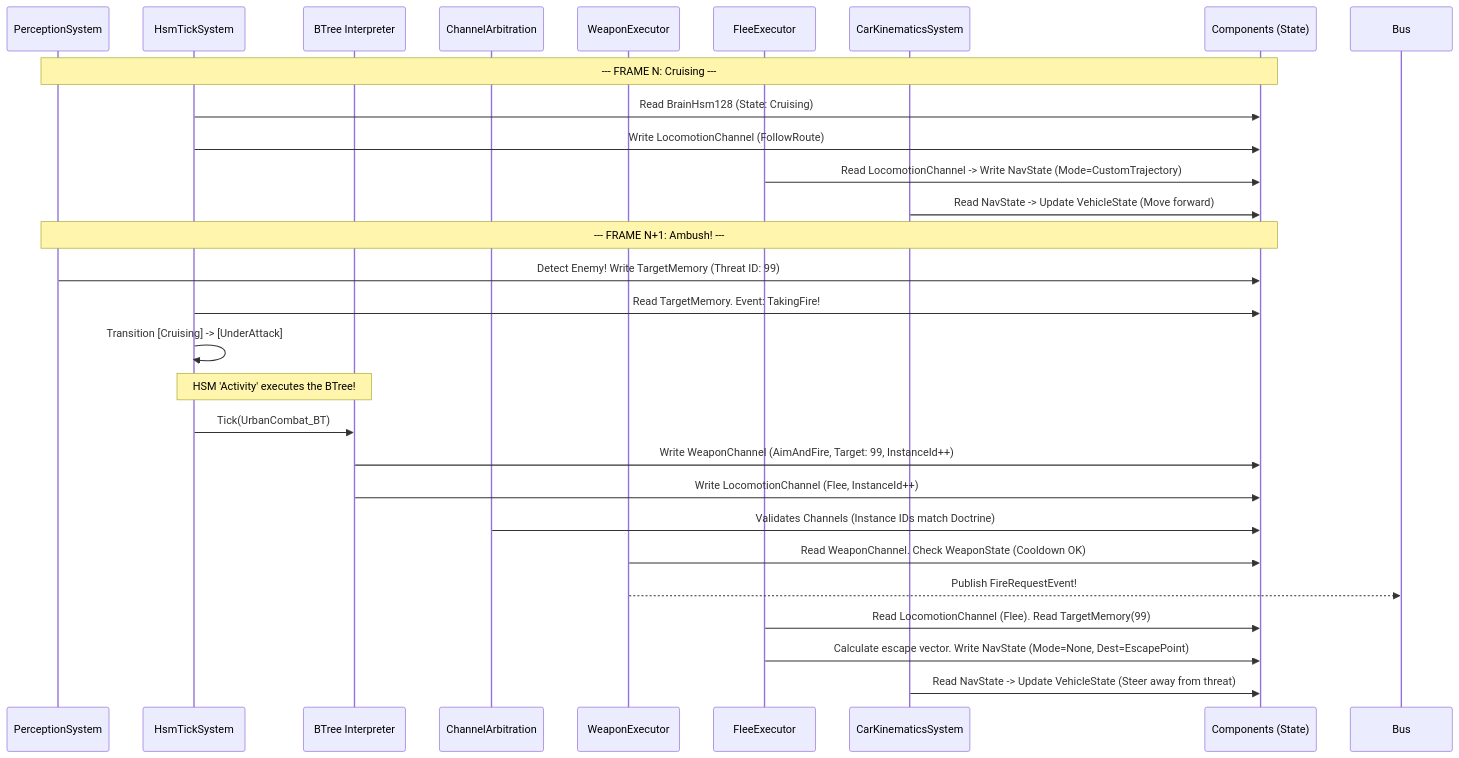
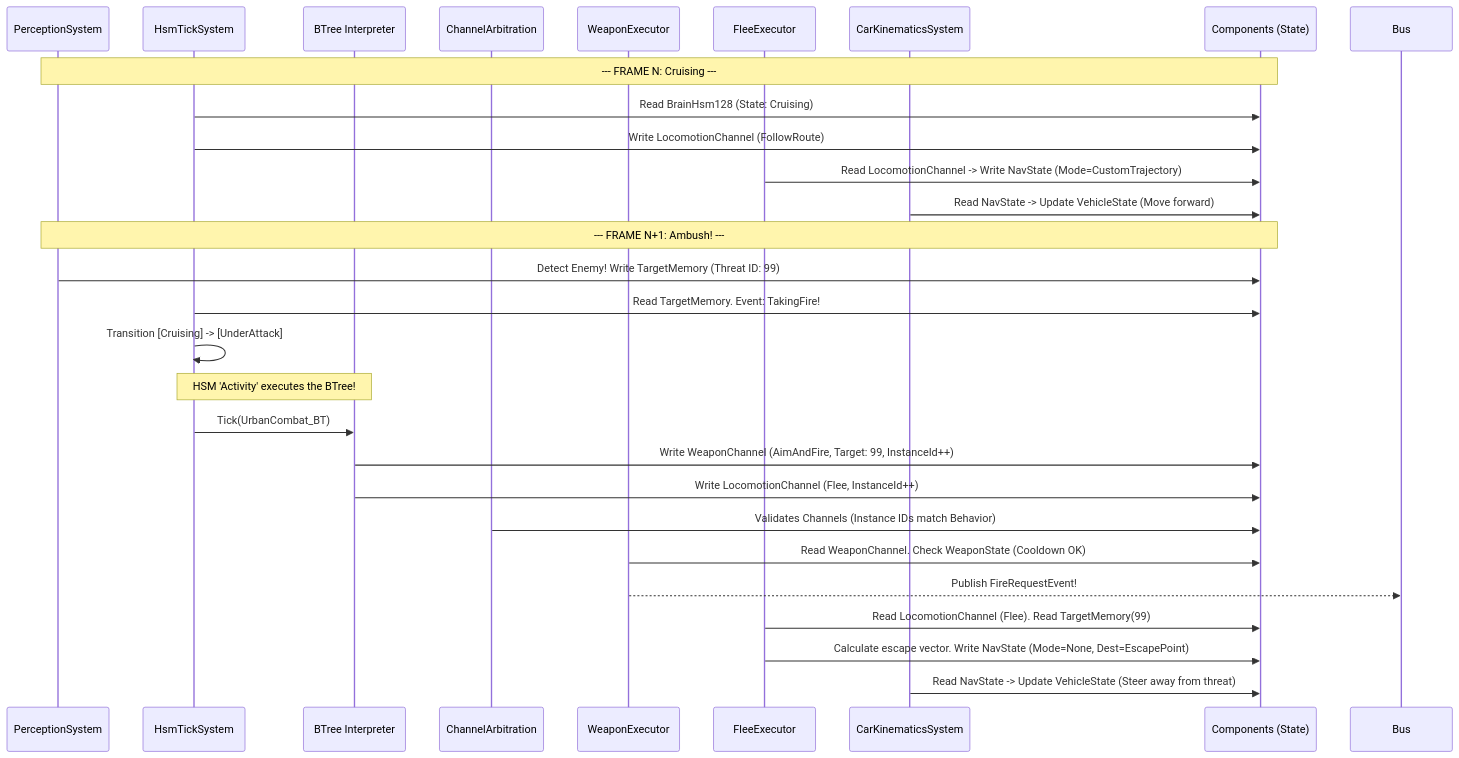
Before and after one commit to pjanec/HROT: the third of 5 diagrams in Docs/projects/behavior-control/Behavior Control Subsystem Design.json.md, drawn with Mermaid. The commit also changed other lines of this file and 106 other files, not shown here.

Commit message:
refac: renamed doctrine => behavior

````diff
--- a/Docs/projects/behavior-control/Behavior Control Subsystem Design.json.md
+++ b/Docs/projects/behavior-control/Behavior Control Subsystem Design.json.md
@@ -1173,38 +1173,38 @@
 ```mermaid
 sequenceDiagram
     participant Perc as PerceptionSystem
     participant HSM as HsmTickSystem
     participant BT as BTree Interpreter
     participant Arb as ChannelArbitration
     participant WepEx as WeaponExecutor
     participant NavEx as FleeExecutor
     participant Phys as CarKinematicsSystem
     participant ECS as Components (State)
 
     Note over Perc, ECS: --- FRAME N: Cruising ---
     HSM->>ECS: Read BrainHsm128 (State: Cruising)
     HSM->>ECS: Write LocomotionChannel (FollowRoute)
     NavEx->>ECS: Read LocomotionChannel -> Write NavState (Mode=CustomTrajectory)
     Phys->>ECS: Read NavState -> Update VehicleState (Move forward)
     
     Note over Perc, ECS: --- FRAME N+1: Ambush! ---
     Perc->>ECS: Detect Enemy! Write TargetMemory (Threat ID: 99)
     
     HSM->>ECS: Read TargetMemory. Event: TakingFire!
     HSM->>HSM: Transition [Cruising] -> [UnderAttack]
     
     Note over HSM, BT: HSM 'Activity' executes the BTree!
     HSM->>BT: Tick(UrbanCombat_BT)
     BT->>ECS: Write WeaponChannel (AimAndFire, Target: 99, InstanceId++)
     BT->>ECS: Write LocomotionChannel (Flee, InstanceId++)
     
-    Arb->>ECS: Validates Channels (Instance IDs match Doctrine)
+    Arb->>ECS: Validates Channels (Instance IDs match Behavior)
     
     WepEx->>ECS: Read WeaponChannel. Check WeaponState (Cooldown OK)
     WepEx-->>Bus: Publish FireRequestEvent!
     
     NavEx->>ECS: Read LocomotionChannel (Flee). Read TargetMemory(99)
     NavEx->>ECS: Calculate escape vector. Write NavState (Mode=None, Dest=EscapePoint)
     
     Phys->>ECS: Read NavState -> Update VehicleState (Steer away from threat)
 ```
````
